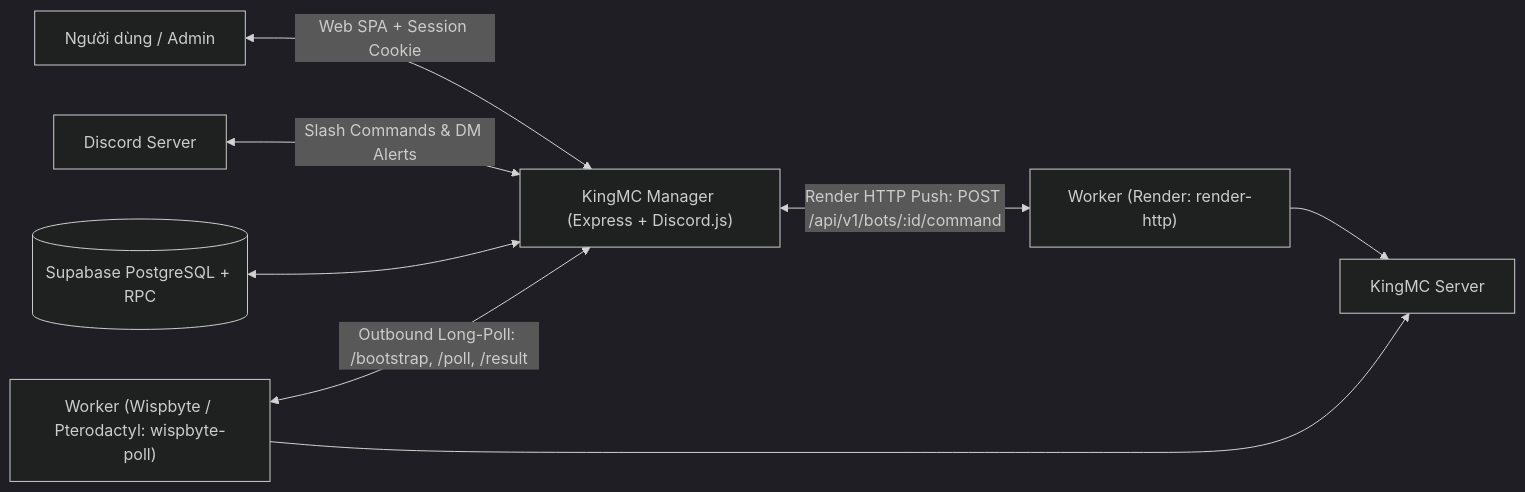
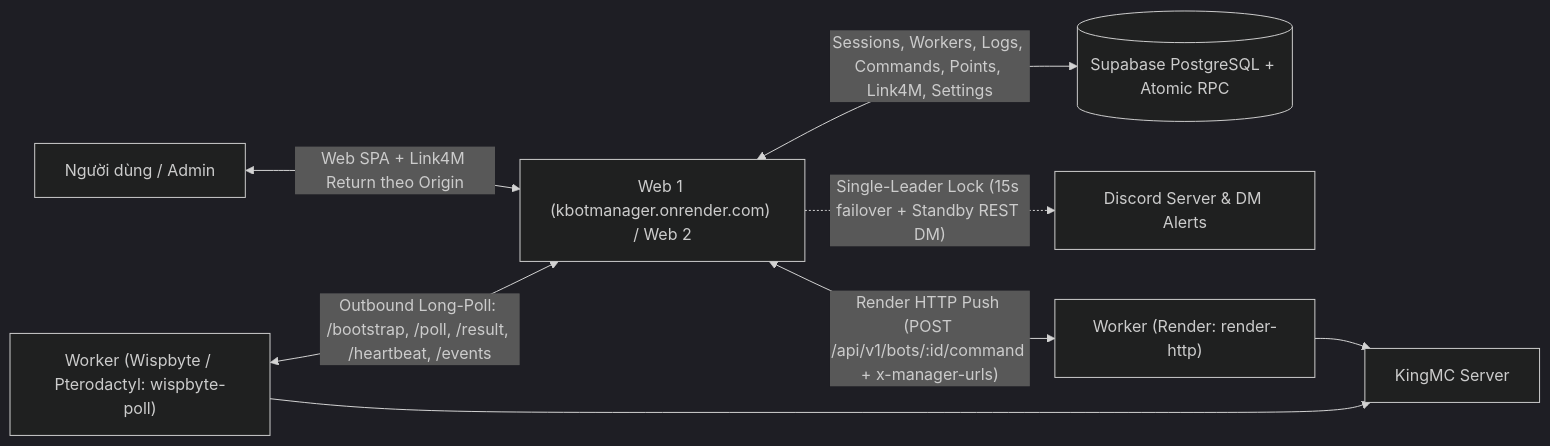
The diagram in README.md (kietpro352010/Manager), drawn with Mermaid (dark theme) before and after one commit. The commit also changed other lines of this file and 64 other files, not shown here.

Commit message:
feat(manager): add multi-web Supabase sync, dynamic Link4M origin, Discord/UI upgrades & docs

````diff
--- a/README.md
+++ b/README.md
@@ -9,10 +11,10 @@
 ```mermaid
 flowchart LR
-    U["Người dùng / Admin"] <-->|Web SPA + Session Cookie| M["KingMC Manager (Express + Discord.js)"]
-    D["Discord Server"] <-->|Slash Commands & DM Alerts| M
-    S[("Supabase PostgreSQL + RPC")] <--> M
-    M <-->|"Render HTTP Push: POST /api/v1/bots/:id/command"| WR["Worker (Render: render-http)"]
-    WW["Worker (Wispbyte / Pterodactyl: wispbyte-poll)"] <-->|"Outbound Long-Poll: /bootstrap, /poll, /result"| M
+    U["Người dùng / Admin"] <-->|"Web SPA + Link4M Return theo Origin"| LB["Web 1 (kbotmanager.onrender.com) / Web 2"]
+    LB <-->|"Sessions, Workers, Logs, Commands, Points, Link4M, Settings"| S[("Supabase PostgreSQL + Atomic RPC")]
+    LB -.->|"Single-Leader Lock (15s failover + Standby REST DM)"| D["Discord Server & DM Alerts"]
+    LB <-->|"Render HTTP Push (POST /api/v1/bots/:id/command + x-manager-urls)"| WR["Worker (Render: render-http)"]
+    WW["Worker (Wispbyte / Pterodactyl: wispbyte-poll)"] <-->|"Outbound Long-Poll: /bootstrap, /poll, /result, /heartbeat, /events"| LB
     WR --> MC["KingMC Server"]
     WW --> MC
 ```
````
